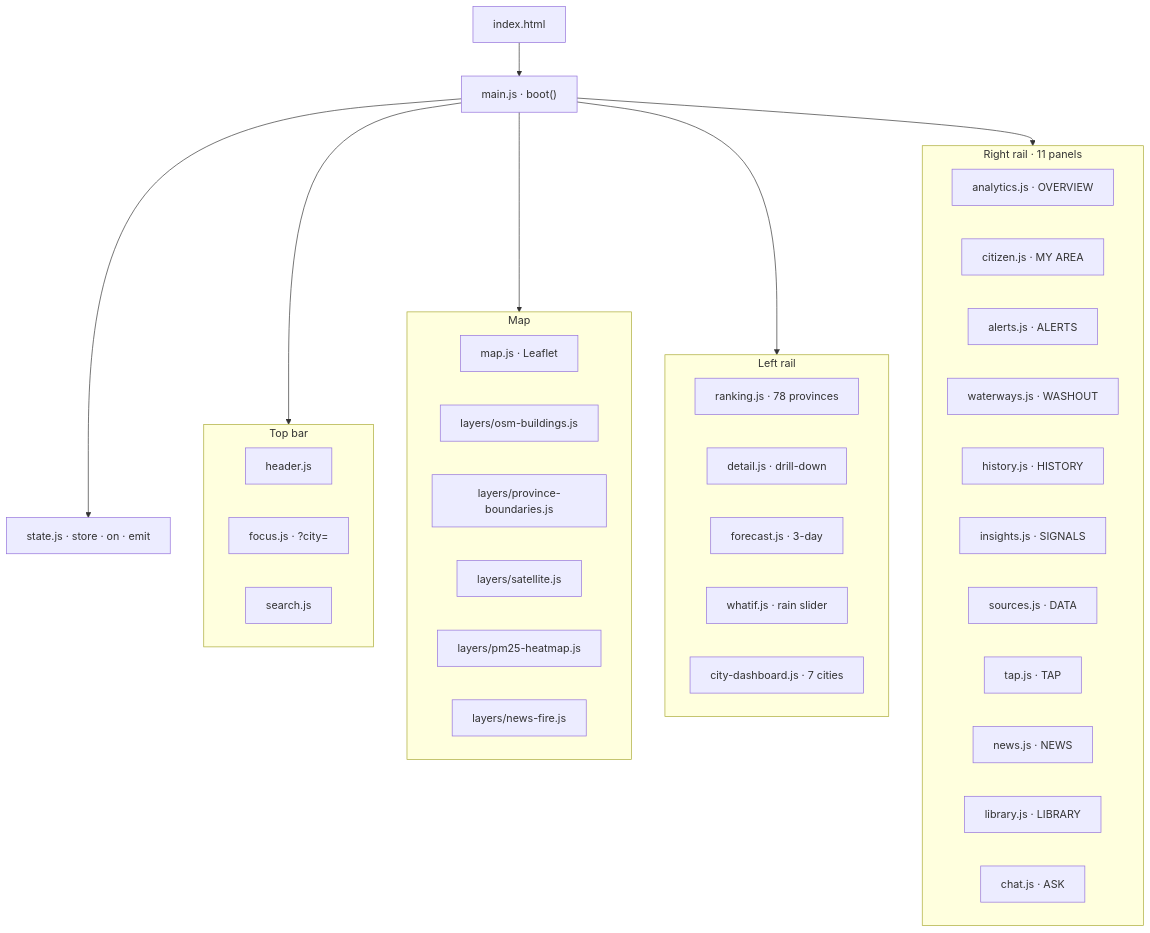
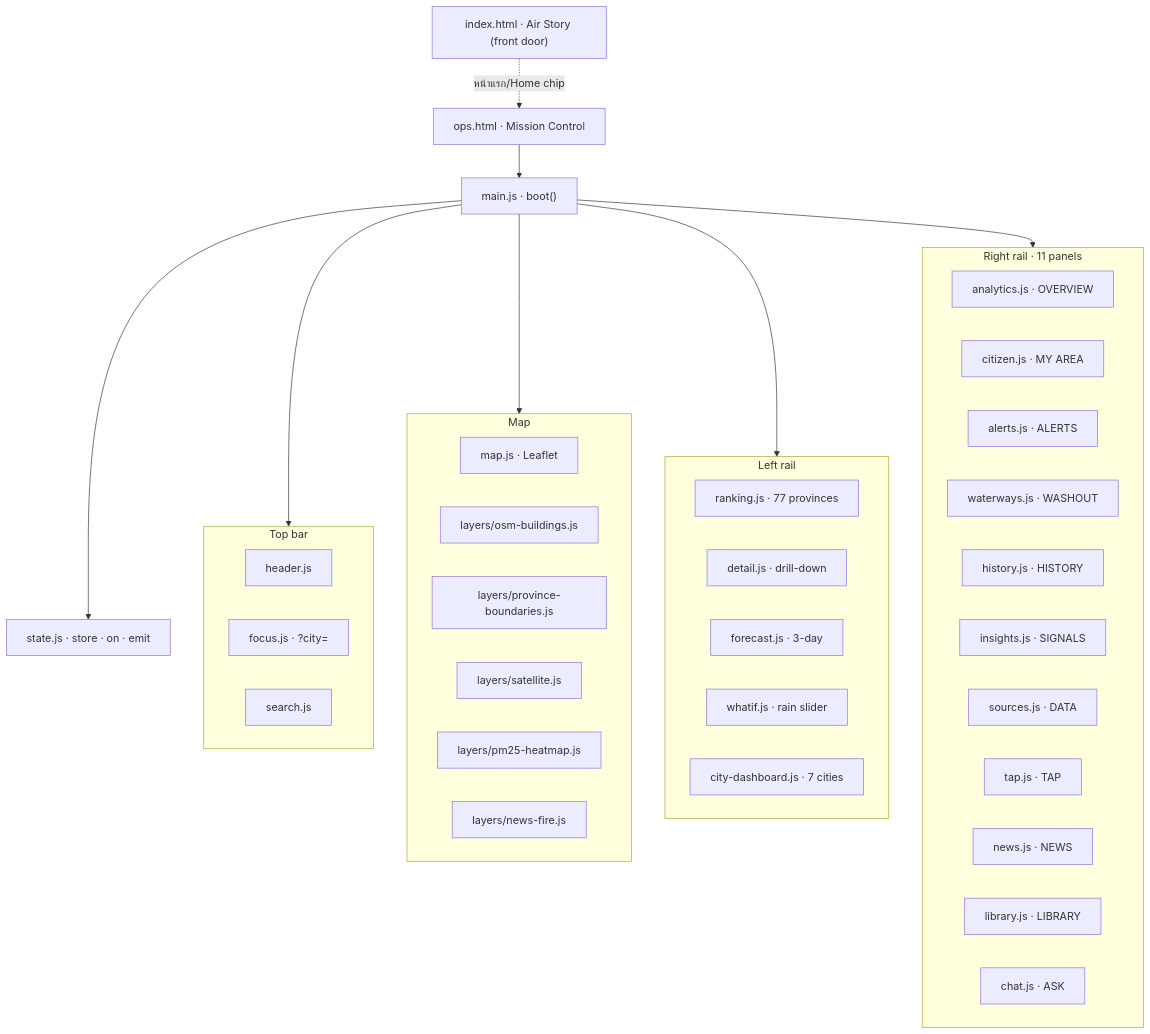
The fifth of 5 diagrams in ARCHITECTURE.md (Nonarkara/airdash), drawn with Mermaid before and after one commit. The commit also changed other lines of this file and 14 other files, not shown here.

````diff
--- a/ARCHITECTURE.md
+++ b/ARCHITECTURE.md
@@ -436,47 +466,49 @@
 ```mermaid
 flowchart TD
-  INDEX["index.html"]
+  STORY["index.html · Air Story (front door)"]
+  OPS["ops.html · Mission Control"]
   MAIN["main.js · boot()"]
   STATE["state.js · store · on · emit"]
 
   subgraph HEADER["Top bar"]
     H1["header.js"]
     H2["focus.js · ?city="]
     H3["search.js"]
   end
 
   subgraph MAP["Map"]
     M1["map.js · Leaflet"]
     M2["layers/osm-buildings.js"]
     M3["layers/province-boundaries.js"]
     M4["layers/satellite.js"]
     M5["layers/pm25-heatmap.js"]
     M6["layers/news-fire.js"]
   end
 
   subgraph LEFT["Left rail"]
-    L1["ranking.js · 78 provinces"]
+    L1["ranking.js · 77 provinces"]
     L2["detail.js · drill-down"]
     L3["forecast.js · 3-day"]
     L4["whatif.js · rain slider"]
     L5["city-dashboard.js · 7 cities"]
   end
 
   subgraph RIGHT["Right rail · 11 panels"]
     R1["analytics.js · OVERVIEW"]
     R2["citizen.js · MY AREA"]
     R3["alerts.js · ALERTS"]
     R4["waterways.js · WASHOUT"]
     R5["history.js · HISTORY"]
     R6["insights.js · SIGNALS"]
     R7["sources.js · DATA"]
     R8["tap.js · TAP"]
     R9["news.js · NEWS"]
     R10["library.js · LIBRARY"]
     R11["chat.js · ASK"]
   end
 
-  INDEX --> MAIN
+  STORY -. "หน้าแรก/Home chip" .-> OPS
+  OPS --> MAIN
   MAIN --> HEADER & MAP & LEFT & RIGHT
   MAIN --> STATE
 ```
````
